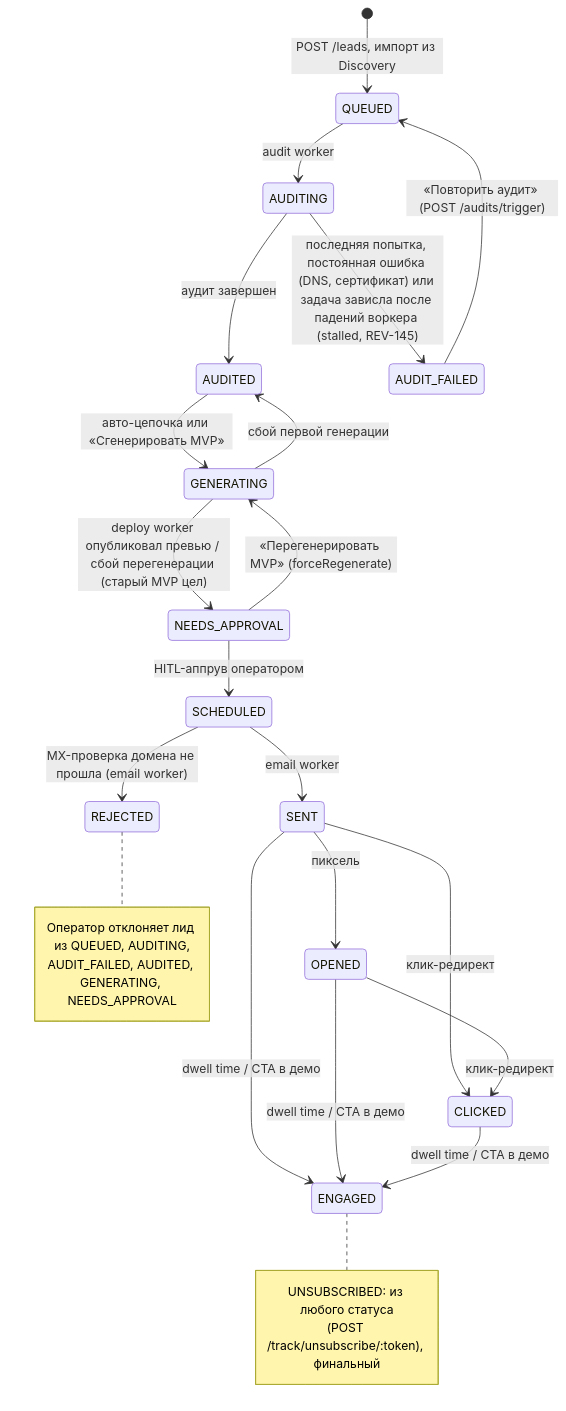
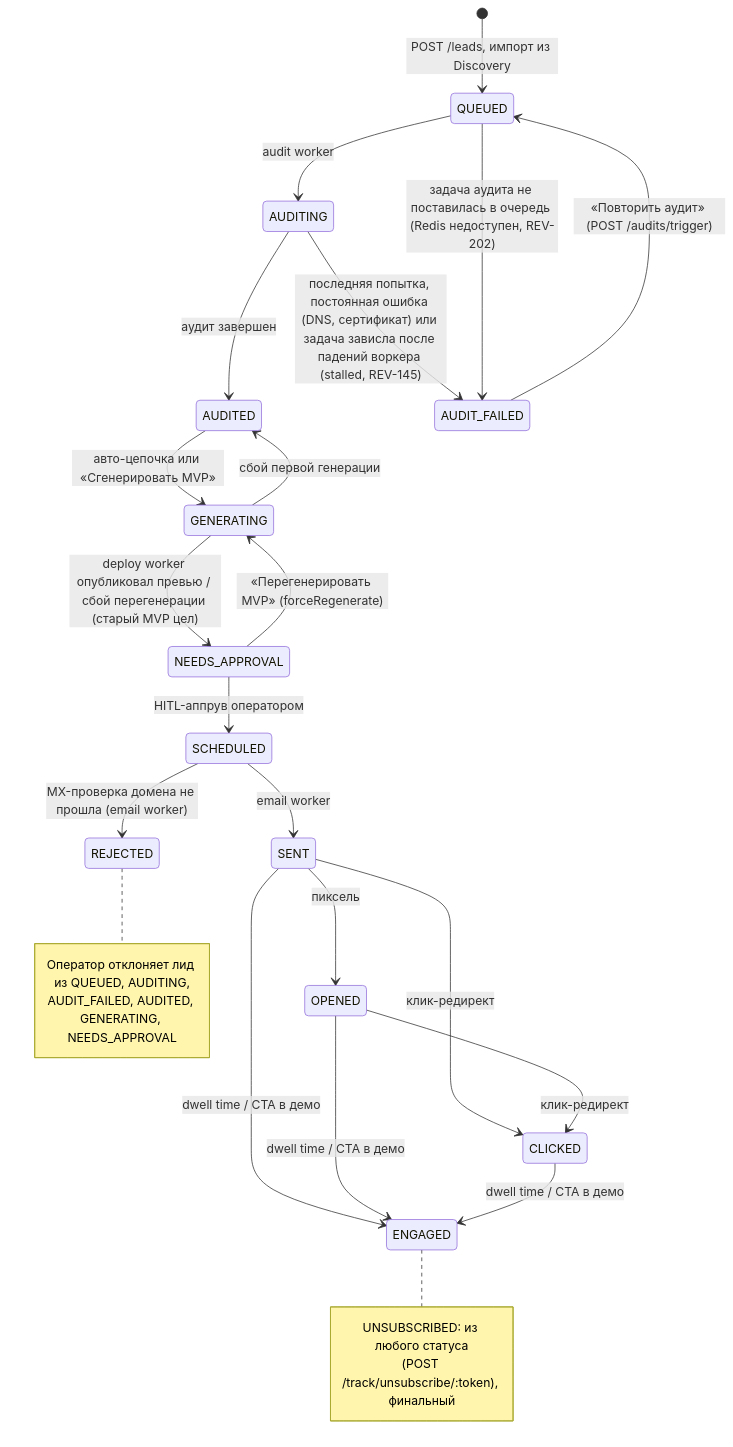
Before and after one commit to yurykurouski/revamp-docs: the eighth of 10 diagrams in blueprint.md, drawn with Mermaid. The commit also changed other lines of this file and 1 other file, not shown here.

Commit message:
docs(REV-202): atomic lead creation, QUEUED → AUDIT_FAILED, AUDIT_QUEUE_UNAVAILABLE

````diff
--- a/blueprint.md
+++ b/blueprint.md
@@ -590,29 +590,30 @@
 ```mermaid
 stateDiagram-v2
     [*] --> QUEUED: POST /leads, импорт из Discovery
     QUEUED --> AUDITING: audit worker
     AUDITING --> AUDITED: аудит завершен
     AUDITING --> AUDIT_FAILED: последняя попытка, постоянная ошибка (DNS, сертификат) или задача зависла после падений воркера (stalled, REV-145)
+    QUEUED --> AUDIT_FAILED: задача аудита не поставилась в очередь (Redis недоступен, REV-202)
     AUDIT_FAILED --> QUEUED: «Повторить аудит» (POST /audits/trigger)
     AUDITED --> GENERATING: авто-цепочка или «Сгенерировать MVP»
     GENERATING --> NEEDS_APPROVAL: deploy worker опубликовал превью / сбой перегенерации (старый MVP цел)
     GENERATING --> AUDITED: сбой первой генерации
     NEEDS_APPROVAL --> GENERATING: «Перегенерировать MVP» (forceRegenerate)
     NEEDS_APPROVAL --> SCHEDULED: HITL-аппрув оператором
     SCHEDULED --> SENT: email worker
     SCHEDULED --> REJECTED: MX-проверка домена не прошла (email worker)
     SENT --> OPENED: пиксель
     SENT --> CLICKED: клик-редирект
     SENT --> ENGAGED: dwell time / CTA в демо
     OPENED --> CLICKED: клик-редирект
     OPENED --> ENGAGED: dwell time / CTA в демо
     CLICKED --> ENGAGED: dwell time / CTA в демо
     note right of REJECTED
         Оператор отклоняет лид из QUEUED, AUDITING,
         AUDIT_FAILED, AUDITED, GENERATING, NEEDS_APPROVAL
     end note
     note right of ENGAGED
         UNSUBSCRIBED: из любого статуса
         (POST /track/unsubscribe/:token), финальный
     end note
 ```
````
